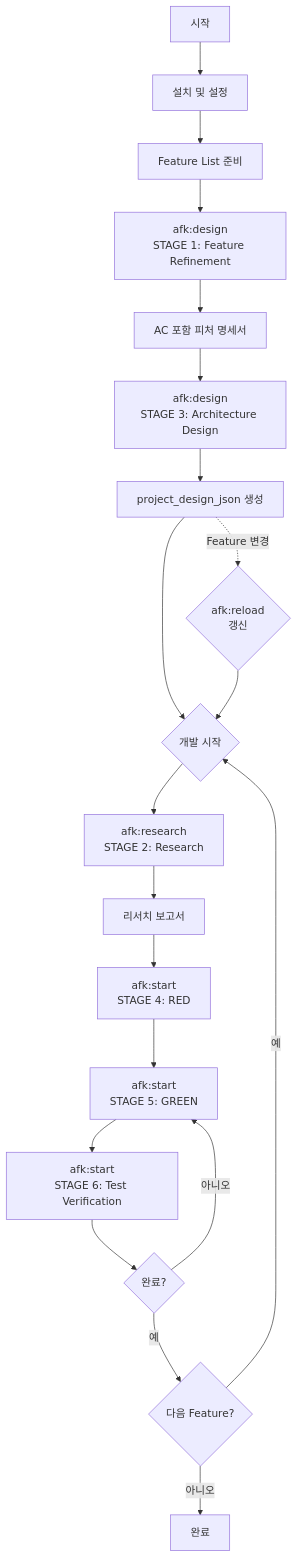
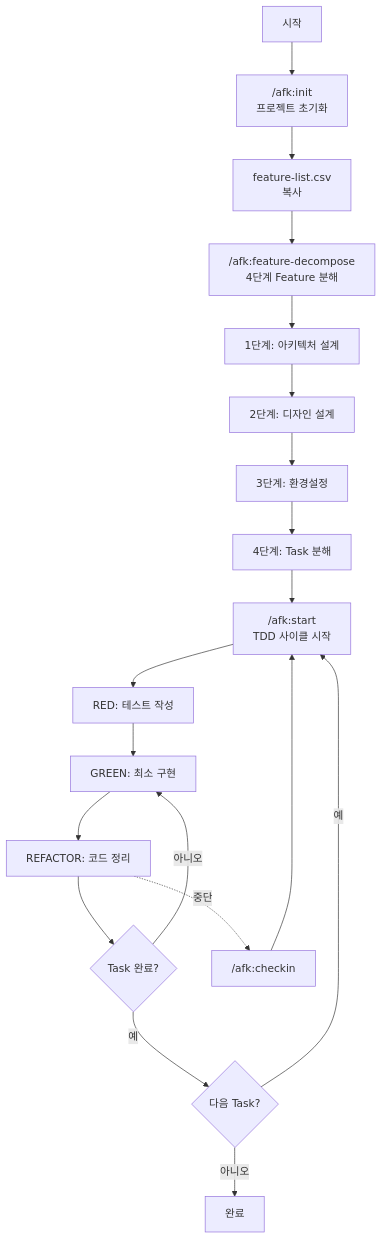
Before and after one commit to robinseo/afk-mod: the fifth of 8 diagrams in docs/workflow.md, drawn with Mermaid. The commit also changed other lines of this file and 11 other files, not shown here.

````diff
--- a/docs/workflow.md
+++ b/docs/workflow.md
@@ -216,28 +251,26 @@
 ```mermaid
 flowchart TD
-    A[시작] --> B[설치 및 설정]
-    B --> C[Feature List 준비]
+    A[시작] --> B["/afk:init<br/>프로젝트 초기화"]
+    B --> C["feature-list.csv<br/>복사"]
+    C --> D["/afk:feature-decompose<br/>4단계 Feature 분해"]
 
-    C --> D["afk:design<br/>STAGE 1: Feature Refinement"]
-    D --> E[AC 포함 피처 명세서]
-    E --> F["afk:design<br/>STAGE 3: Architecture Design"]
-    F --> G[project_design_json 생성]
+    D --> E["1단계: 아키텍처 설계"]
+    E --> F["2단계: 디자인 설계"]
+    F --> G["3단계: 환경설정"]
+    G --> H["4단계: Task 분해"]
 
-    G --> H{개발 시작}
-    H --> I["afk:research<br/>STAGE 2: Research"]
-    I --> J[리서치 보고서]
+    H --> I["/afk:start <task-id><br/>TDD 사이클 시작"]
+    I --> J["RED: 테스트 작성"]
+    J --> K["GREEN: 최소 구현"]
+    K --> L["REFACTOR: 코드 정리"]
 
-    J --> K["afk:start<br/>STAGE 4: RED"]
-    K --> L["afk:start<br/>STAGE 5: GREEN"]
-    L --> M["afk:start<br/>STAGE 6: Test Verification"]
+    L --> M{Task 완료?}
+    M -->|아니오| K
+    M -->|예| N{다음 Task?}
 
-    M --> N{완료?}
-    N -->|아니오| L
-    N -->|예| O{다음 Feature?}
+    N -->|예| I
+    N -->|아니오| O[완료]
 
-    O -->|예| H
-    O -->|아니오| P[완료]
-
-    G -.->|Feature 변경| Q{"afk:reload<br/>갱신"}
-    Q --> H
+    L -.->|중단| P["/afk:checkin"]
+    P --> I
 ```
````
